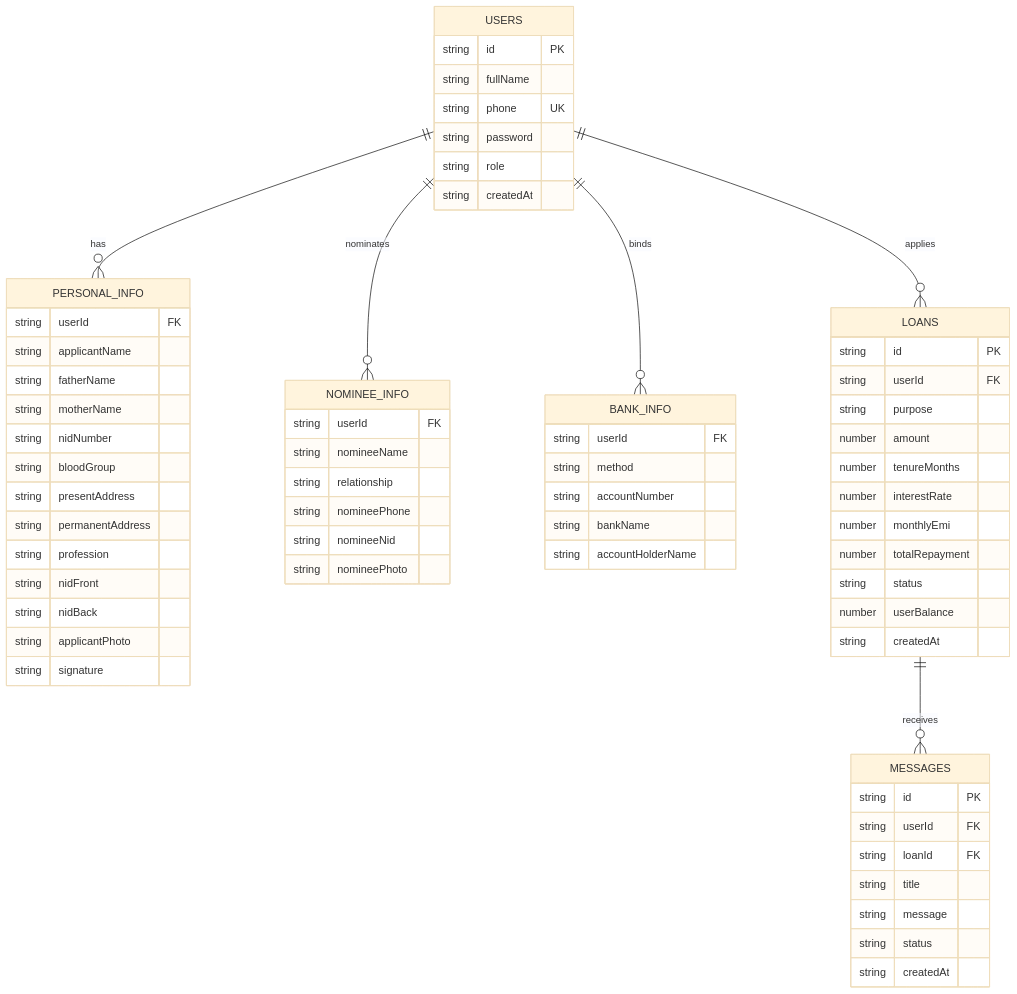
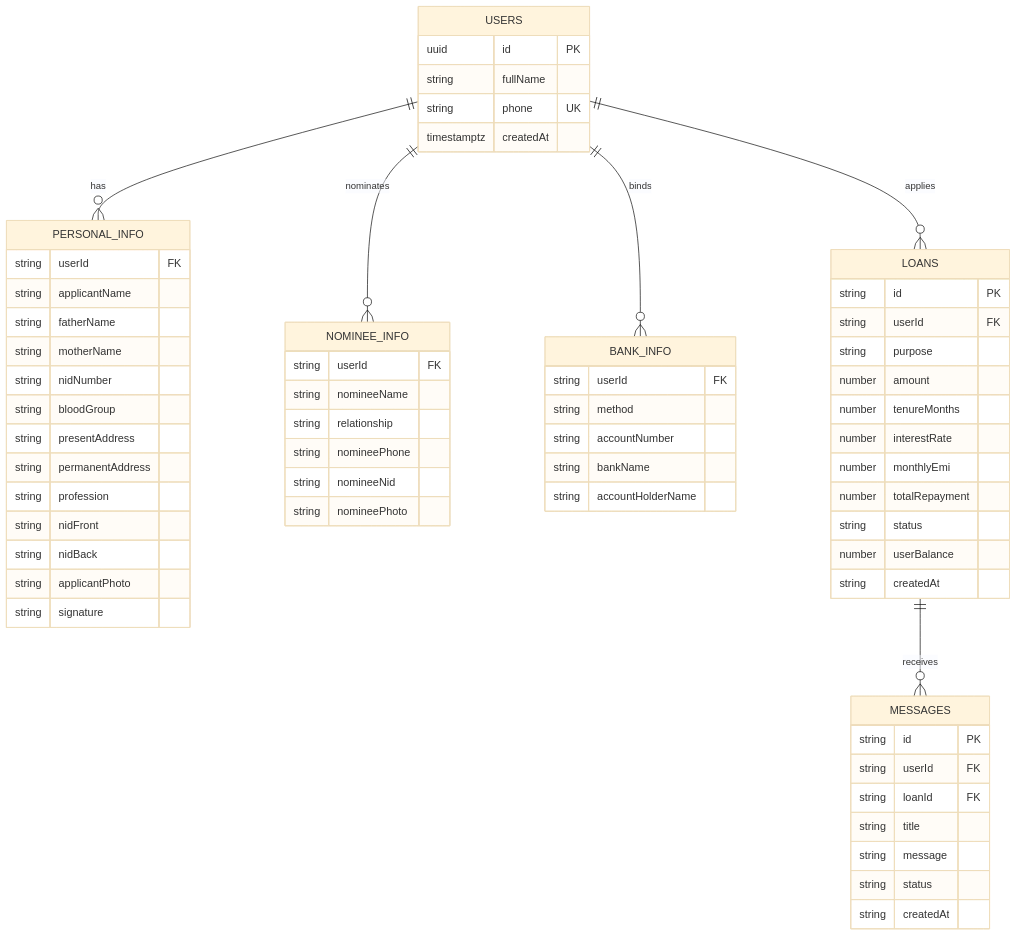
One commit to rosaroperswol247/loan changed the second of 2 diagrams in SRS.md. Above: the diagram before and after it, drawn with Mermaid (base theme). The commit also changed other lines of this file and 9 other files, not shown here.

````diff
--- a/SRS.md
+++ b/SRS.md
@@ -194,74 +194,72 @@
 ```mermaid
 erDiagram
     USERS ||--o{ PERSONAL_INFO : has
     USERS ||--o{ NOMINEE_INFO : nominates
     USERS ||--o{ BANK_INFO : binds
     USERS ||--o{ LOANS : applies
     LOANS ||--o{ MESSAGES : receives
 
     USERS {
-        string id PK
+        uuid id PK
         string fullName
         string phone UK
-        string password
-        string role
-        string createdAt
+        timestamptz createdAt
     }
 
     PERSONAL_INFO {
         string userId FK
         string applicantName
         string fatherName
         string motherName
         string nidNumber
         string bloodGroup
         string presentAddress
         string permanentAddress
         string profession
         string nidFront
         string nidBack
         string applicantPhoto
         string signature
     }
 
     NOMINEE_INFO {
         string userId FK
         string nomineeName
         string relationship
         string nomineePhone
         string nomineeNid
         string nomineePhoto
     }
 
     BANK_INFO {
         string userId FK
         string method
         string accountNumber
         string bankName
         string accountHolderName
     }
 
     LOANS {
         string id PK
         string userId FK
         string purpose
         number amount
         number tenureMonths
         number interestRate
         number monthlyEmi
         number totalRepayment
         string status
         number userBalance
         string createdAt
     }
 
     MESSAGES {
         string id PK
         string userId FK
         string loanId FK
         string title
         string message
         string status
         string createdAt
     }
 ```
````
